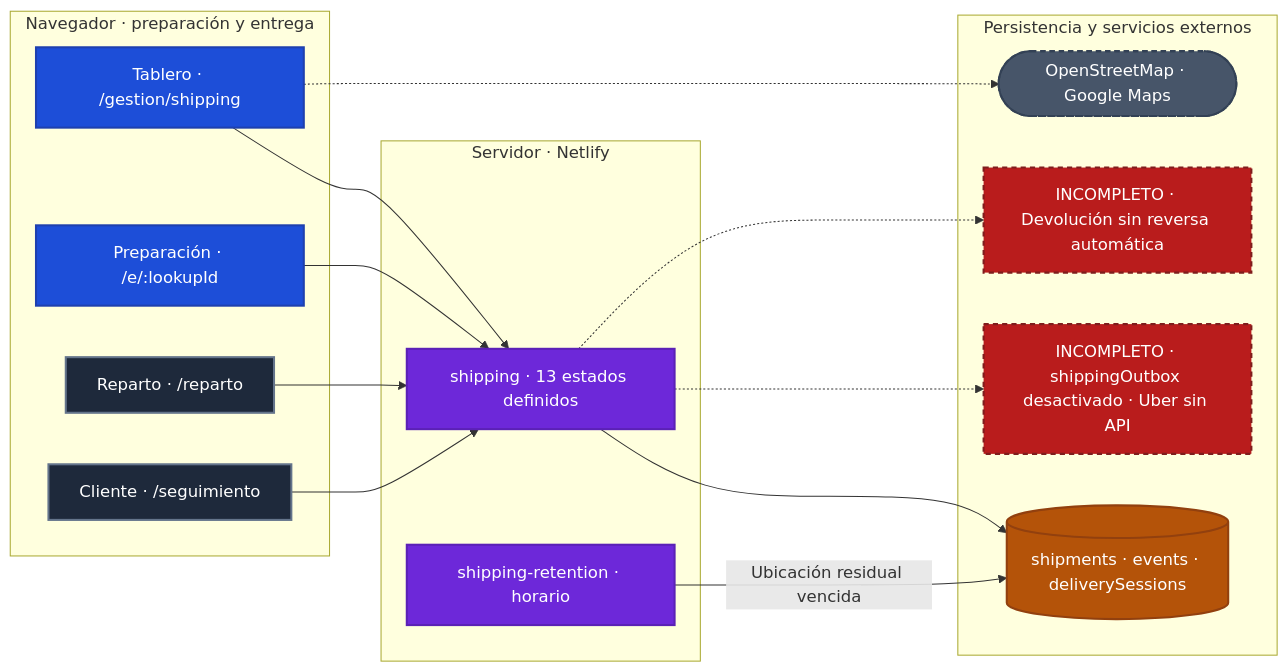
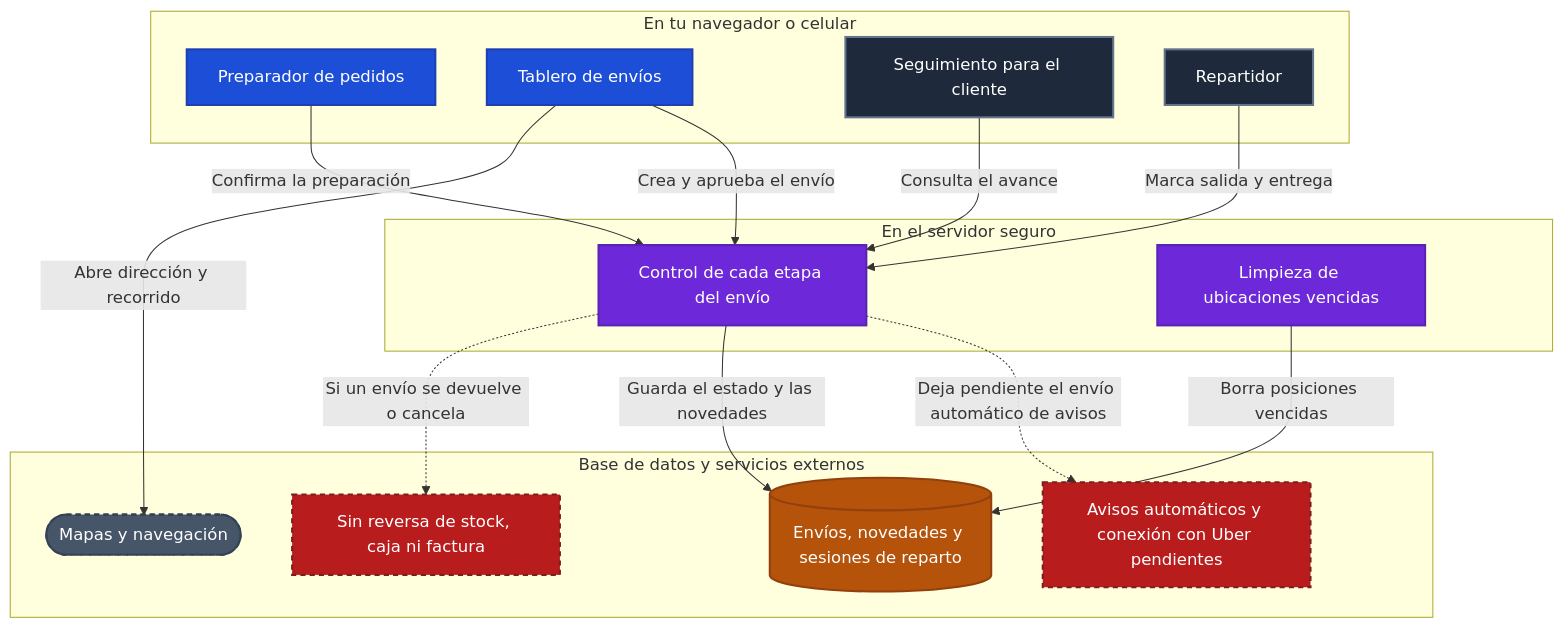
One commit to AgustinBazanUB/App-Integral-FM changed the diagram in docs/diagrams/mmd/04-d4-logistica-envios.mmd. Above: the diagram before and after it, drawn with Mermaid. The commit also changed 24 other files, not shown here.

```diff
--- a/docs/diagrams/mmd/04-d4-logistica-envios.mmd
+++ b/docs/diagrams/mmd/04-d4-logistica-envios.mmd
@@ -1,38 +1,35 @@
-flowchart LR
-    %% Flujo del macro-dominio verificado contra el corte d0f1225.
-    subgraph navegador["Navegador · preparación y entrega"]
-        tablero["Tablero · /gestion/shipping"]:::integral
-        preparar["Preparación · /e/:lookupId"]:::integral
-        reparto["Reparto · /reparto"]:::actor
-        tracking["Cliente · /seguimiento"]:::actor
+flowchart TB
+    %% El tablero y los portales confirman los cambios de cada envío.
+    subgraph navegador["En tu navegador o celular"]
+        preparador["Preparador de pedidos"]:::integral
+        gestion["Tablero de envíos"]:::integral
+        cliente["Seguimiento para el cliente"]:::actor
+        repartidor["Repartidor"]:::actor
     end
-
-    subgraph servidor["Servidor · Netlify"]
-        shipping["shipping · 13 estados definidos"]:::shared
-        limpieza["shipping-retention · horario"]:::shared
+    subgraph servidor["En el servidor seguro"]
+        recorrido["Control de cada etapa del envío"]:::shared
+        limpiar["Limpieza de ubicaciones vencidas"]:::shared
     end
-
-    subgraph persistencia["Persistencia y servicios externos"]
-        envios[("shipments · events · deliverySessions")]:::db
-        mapas(["OpenStreetMap · Google Maps"]):::external
-        outbox["INCOMPLETO · shippingOutbox desactivado · Uber sin API"]:::debt
-        reversa["INCOMPLETO · Devolución sin reversa automática"]:::debt
+    subgraph recursos["Base de datos y servicios externos"]
+        reversa["Sin reversa de stock, caja ni factura"]:::debt
+        historial[("Envíos, novedades y sesiones de reparto")]:::db
+        mapas(["Mapas y navegación"]):::external
+        desconectado["Avisos automáticos y conexión con Uber pendientes"]:::debt
     end
-
-    tablero --> shipping
-    preparar --> shipping
-    reparto --> shipping
-    tracking --> shipping
-    shipping --> envios
-    limpieza -->|Ubicación residual vencida| envios
-    tablero -.-> mapas
-    shipping -.-> outbox
-    shipping -.-> reversa
+    repartidor -->|"Marca salida y entrega"| recorrido
+    gestion -->|"Abre dirección y recorrido"| mapas
+    gestion -->|"Crea y aprueba el envío"| recorrido
+    preparador -->|"Confirma la preparación"| recorrido
+    recorrido -.->|"Si un envío se devuelve o cancela"| reversa
+    cliente -->|"Consulta el avance"| recorrido
+    recorrido -->|"Guarda el estado y las novedades"| historial
+    limpiar -->|"Borra posiciones vencidas"| historial
+    recorrido -.->|"Deja pendiente el envío automático de avisos"| desconectado
 
     classDef actor fill:#1E293B,stroke:#64748B,color:#FFFFFF,stroke-width:2px
     classDef integral fill:#1D4ED8,stroke:#1E40AF,color:#FFFFFF,stroke-width:2px
     classDef ecommerce fill:#047857,stroke:#065F46,color:#FFFFFF,stroke-width:2px
     classDef shared fill:#6D28D9,stroke:#5B21B6,color:#FFFFFF,stroke-width:2px
     classDef db fill:#B45309,stroke:#92400E,color:#FFFFFF,stroke-width:2px
     classDef external fill:#475569,stroke:#334155,color:#FFFFFF,stroke-width:2px,stroke-dasharray:5 4
     classDef debt fill:#B91C1C,stroke:#7F1D1D,color:#FFFFFF,stroke-width:2px,stroke-dasharray:5 4
```
